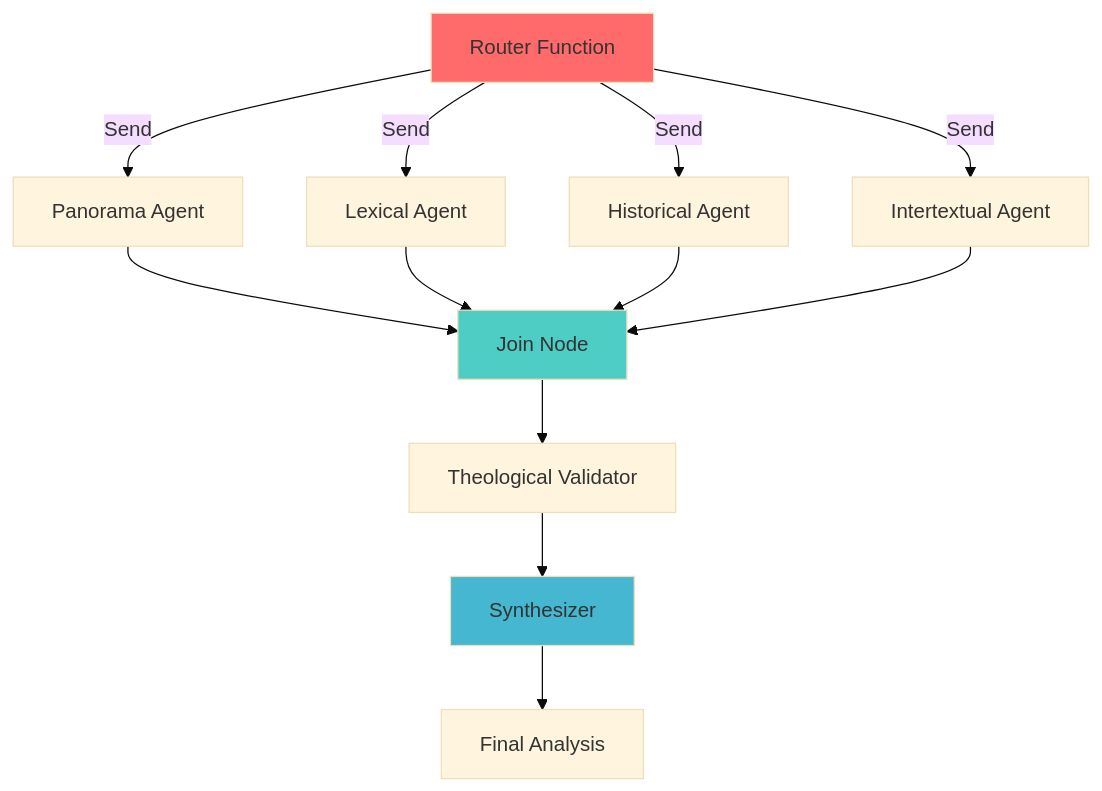
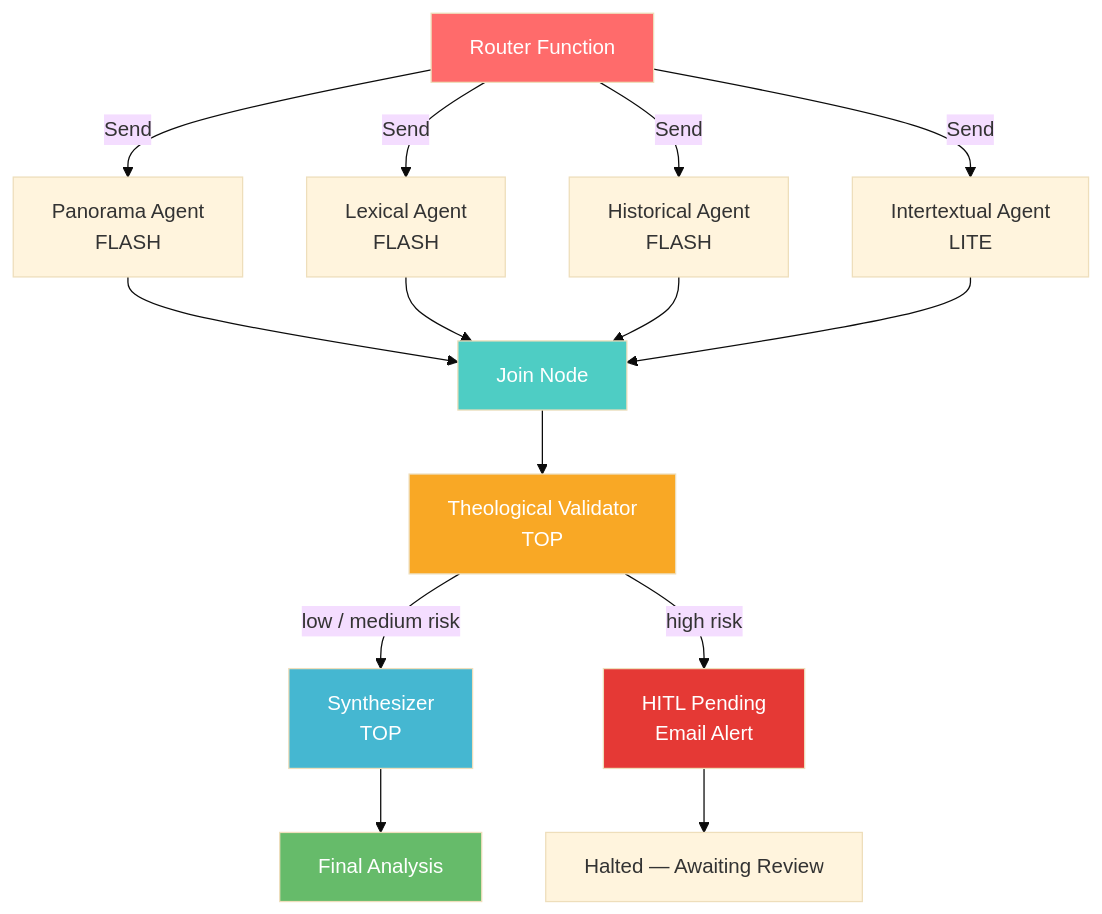
The diagram in README.md (235471/theological-langgraph-agent), drawn with Mermaid (base theme) before and after one commit. The commit also changed other lines of this file and 5 other files, not shown here.

````diff
--- a/README.md
+++ b/README.md
@@ -60,20 +40,26 @@
 ```mermaid
 graph TD
-    A[Router Function] -->|Send| B[Panorama Agent]
-    A -->|Send| C[Lexical Agent]
-    A -->|Send| D[Historical Agent]
-    A -->|Send| E[Intertextual Agent]
-    
-    B --> F[Join Node]
-    C --> F
-    D --> F
-    E --> F
-    
-    F --> G[Theological Validator]
-    G --> H[Synthesizer]
-    H --> I[Final Analysis]
-    
-    style A fill:#ff6b6b
-    style F fill:#4ecdc4
-    style H fill:#45b7d1
+    R[Router Function] -->|Send| P[Panorama Agent<br/>FLASH]
+    R -->|Send| L[Lexical Agent<br/>FLASH]
+    R -->|Send| H[Historical Agent<br/>FLASH]
+    R -->|Send| I[Intertextual Agent<br/>LITE]
+
+    P --> J[Join Node]
+    L --> J
+    H --> J
+    I --> J
+
+    J --> V[Theological Validator<br/>TOP]
+    V -->|low / medium risk| S[Synthesizer<br/>TOP]
+    V -->|high risk| HITL[HITL Pending<br/>Email Alert]
+
+    S --> OUT[Final Analysis]
+    HITL --> END[Halted — Awaiting Review]
+
+    style R fill:#ff6b6b,color:#fff
+    style J fill:#4ecdc4,color:#fff
+    style V fill:#f9a825,color:#fff
+    style S fill:#45b7d1,color:#fff
+    style HITL fill:#e53935,color:#fff
+    style OUT fill:#66bb6a,color:#fff
 ```
````
